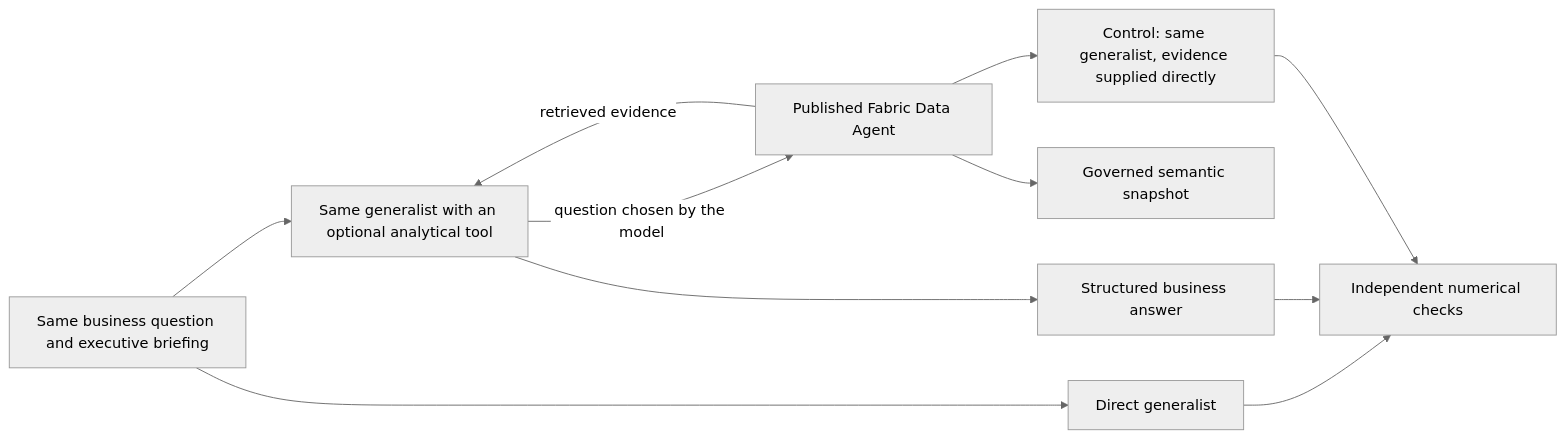
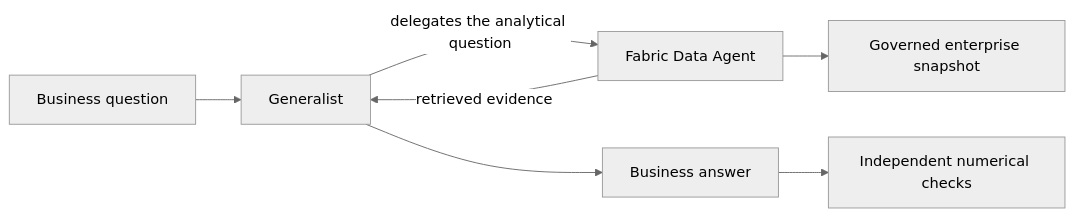
One commit to faustinopalma/chocoverse changed the diagram in docs/28-data-agent-delegation-experiment.md. Above: the diagram before and after it, drawn with Mermaid (neutral theme). The commit also changed other lines of this file, not shown here.

````diff
--- a/docs/28-data-agent-delegation-experiment.md
+++ b/docs/28-data-agent-delegation-experiment.md
@@ -30,13 +32,9 @@
 ```mermaid
 flowchart LR
-    Q["Same business question and executive briefing"] --> D["Direct generalist"]
-    Q --> G["Same generalist with an optional analytical tool"]
-    G -->|"question chosen by the model"| A["Published Fabric Data Agent"]
-    A --> S["Governed semantic snapshot"]
+    Q["Business question"] --> G["Generalist"]
+    G -->|"delegates the analytical question"| A["Fabric Data Agent"]
+    A --> S["Governed enterprise snapshot"]
     A -->|"retrieved evidence"| G
-    G --> R["Structured business answer"]
-    A --> C["Control: same generalist, evidence supplied directly"]
-    D --> V["Independent numerical checks"]
-    R --> V
-    C --> V
+    G --> R["Business answer"]
+    R --> V["Independent numerical checks"]
 ```
````
